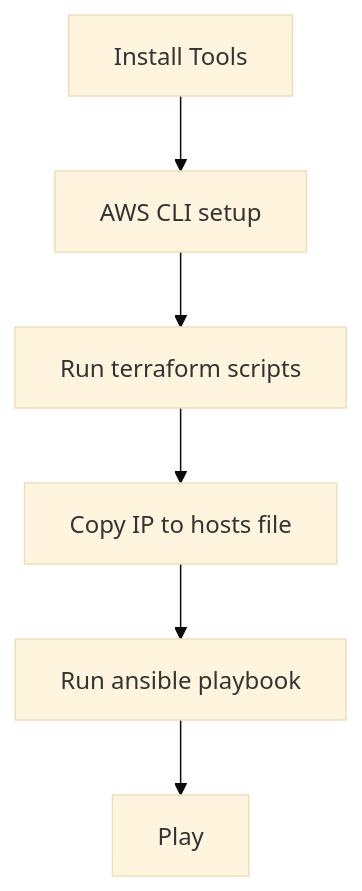
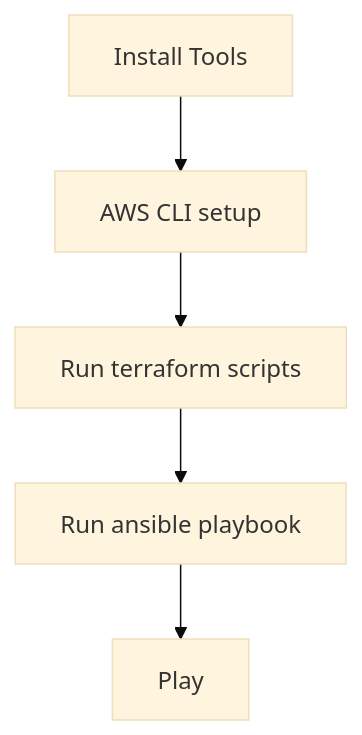
The diagram in README.md (sourcewire/auto_mc_server), drawn with Mermaid (base theme) before and after one commit. The commit also changed other lines of this file, not shown here.

````diff
--- a/README.md
+++ b/README.md
@@ -36,9 +36,8 @@
 ```mermaid
 graph TD
     A[Install Tools] --> B[AWS CLI setup]
     B --> C[Run terraform scripts]
-    C --> D[Copy IP to hosts file]
-    D --> E[Run ansible playbook]
-    E --> F[Play]
+    C --> D[Run ansible playbook]
+    D --> E[Play]
 
 ```
````
